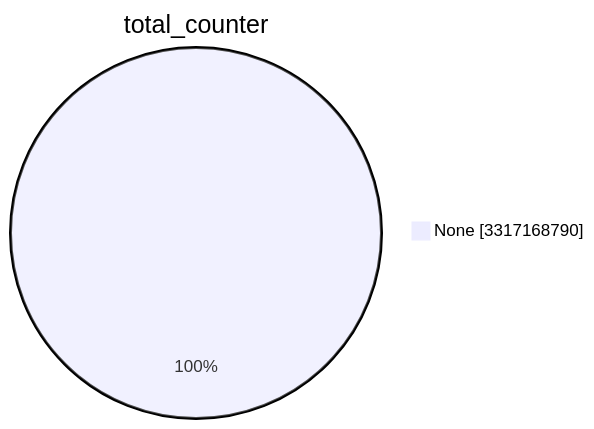
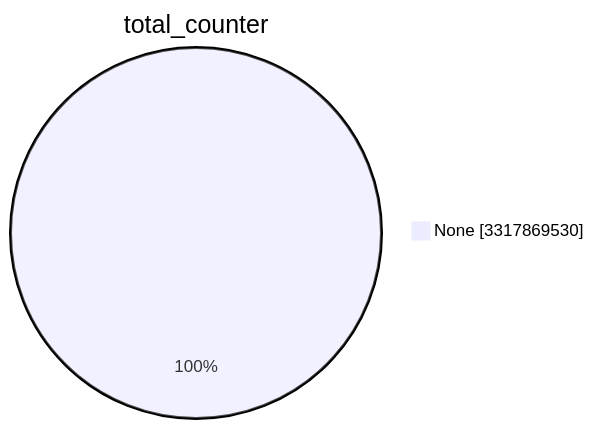
Before and after one commit to christiankrug/ctmonitor_visualization: the first of 15 diagrams in TOTAL/README.md, drawn with Mermaid. The commit also changed other lines of this file, not shown here.

````diff
--- a/TOTAL/README.md
+++ b/TOTAL/README.md
@@ -1,5 +1,5 @@
 ```mermaid
 pie showData
 title total_counter
-"None" :3317168790
+"None" :3317869530
 ```
````
